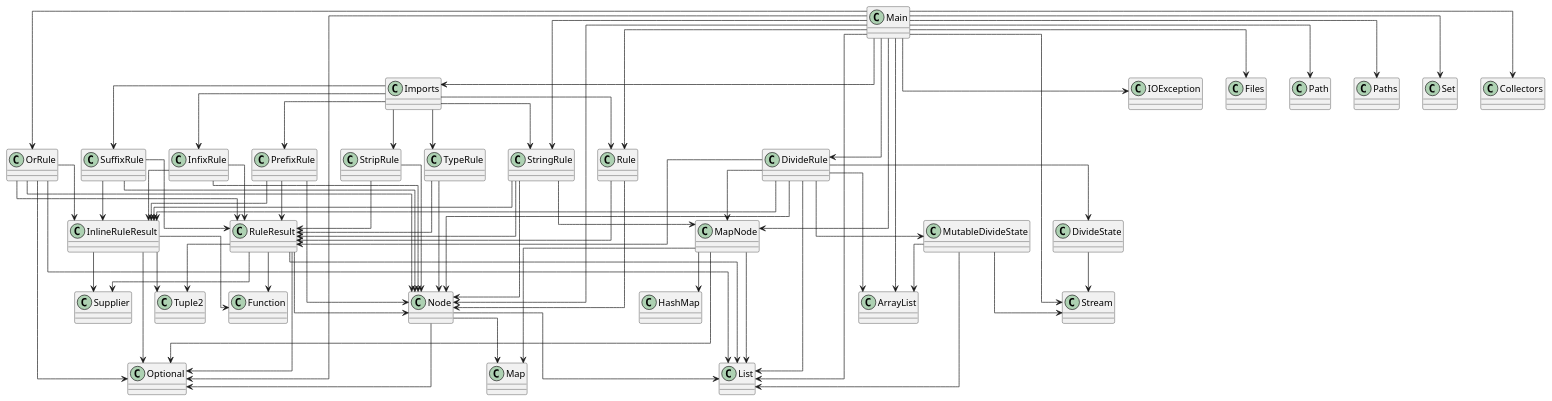
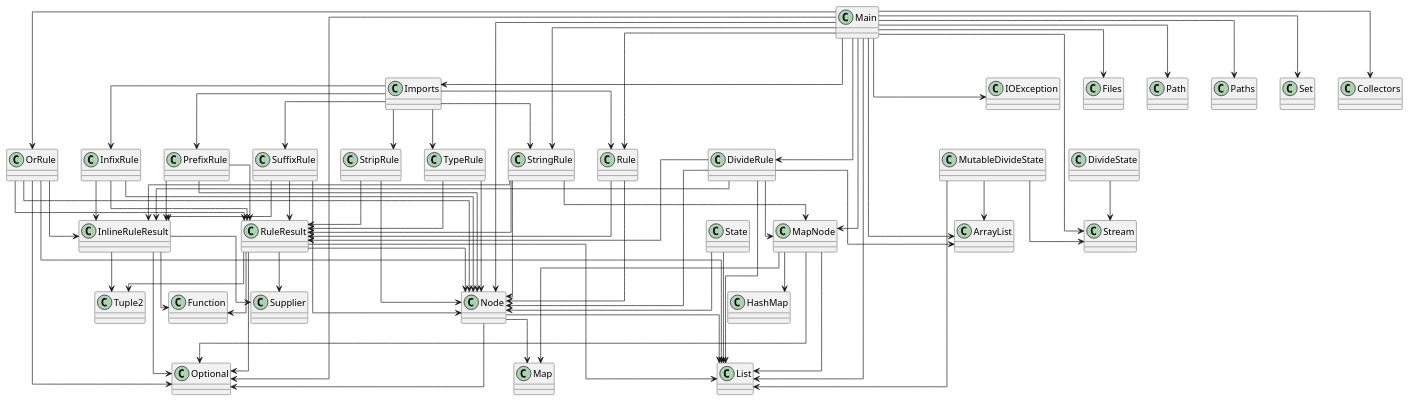
One commit to Magma-Foundation/Magma changed the diagram in diagram.puml. Above: the diagram before and after it, drawn with PlantUML. The commit also changed 5 other files, not shown here.

```diff
--- a/diagram.puml
+++ b/diagram.puml
@@ -1,98 +1,99 @@
 @startuml
 skinparam linetype ortho
 class SuffixRule
 SuffixRule --> Node
 SuffixRule --> InlineRuleResult
 SuffixRule --> RuleResult
 class InfixRule
 InfixRule --> Node
 InfixRule --> InlineRuleResult
 InfixRule --> RuleResult
-class DivideState
-DivideState --> Stream
 class OrRule
 OrRule --> Node
 OrRule --> InlineRuleResult
 OrRule --> RuleResult
 OrRule --> List
 OrRule --> Optional
 class DivideRule
-DivideRule --> DivideState
-DivideRule --> MutableDivideState
 DivideRule --> MapNode
 DivideRule --> Node
 DivideRule --> InlineRuleResult
 DivideRule --> RuleResult
 DivideRule --> ArrayList
 DivideRule --> List
 class Rule
 Rule --> Node
 Rule --> RuleResult
 class RuleResult
 RuleResult --> Tuple2
 RuleResult --> Node
 RuleResult --> List
 RuleResult --> Optional
 RuleResult --> Function
 RuleResult --> Supplier
 class PrefixRule
 PrefixRule --> Node
 PrefixRule --> InlineRuleResult
 PrefixRule --> RuleResult
 class StringRule
 StringRule --> MapNode
 StringRule --> Node
 StringRule --> InlineRuleResult
 StringRule --> RuleResult
 class StripRule
 StripRule --> Node
 StripRule --> RuleResult
 class Tuple2
 class MapNode
 MapNode --> HashMap
 MapNode --> List
 MapNode --> Map
 MapNode --> Optional
 class Imports
 Imports --> InfixRule
 Imports --> PrefixRule
 Imports --> Rule
 Imports --> StringRule
 Imports --> StripRule
 Imports --> SuffixRule
 Imports --> TypeRule
+class State
+State --> Node
+State --> List
 class Node
 Node --> List
 Node --> Map
 Node --> Optional
 class Main
 Main --> Imports
 Main --> MapNode
 Main --> Node
 Main --> DivideRule
 Main --> OrRule
 Main --> Rule
 Main --> StringRule
 Main --> IOException
 Main --> Files
 Main --> Path
 Main --> Paths
 Main --> ArrayList
 Main --> List
 Main --> Optional
 Main --> Set
 Main --> Collectors
 Main --> Stream
-class TypeRule
-TypeRule --> Node
-TypeRule --> RuleResult
 class MutableDivideState
 MutableDivideState --> ArrayList
 MutableDivideState --> List
 MutableDivideState --> Stream
+class TypeRule
+TypeRule --> Node
+TypeRule --> RuleResult
+class DivideState
+DivideState --> Stream
 class InlineRuleResult
 InlineRuleResult --> Tuple2
 InlineRuleResult --> Optional
 InlineRuleResult --> Function
 InlineRuleResult --> Supplier
 @enduml
```
